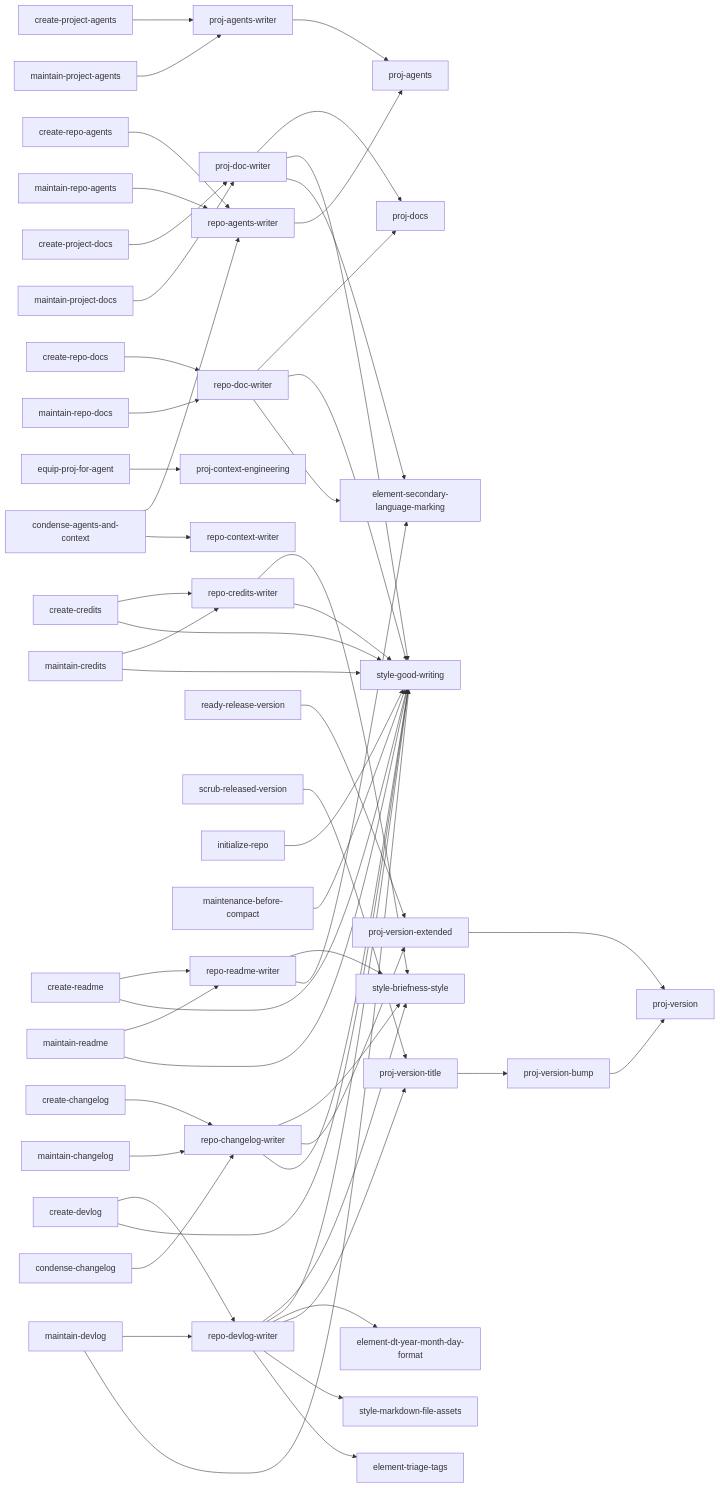
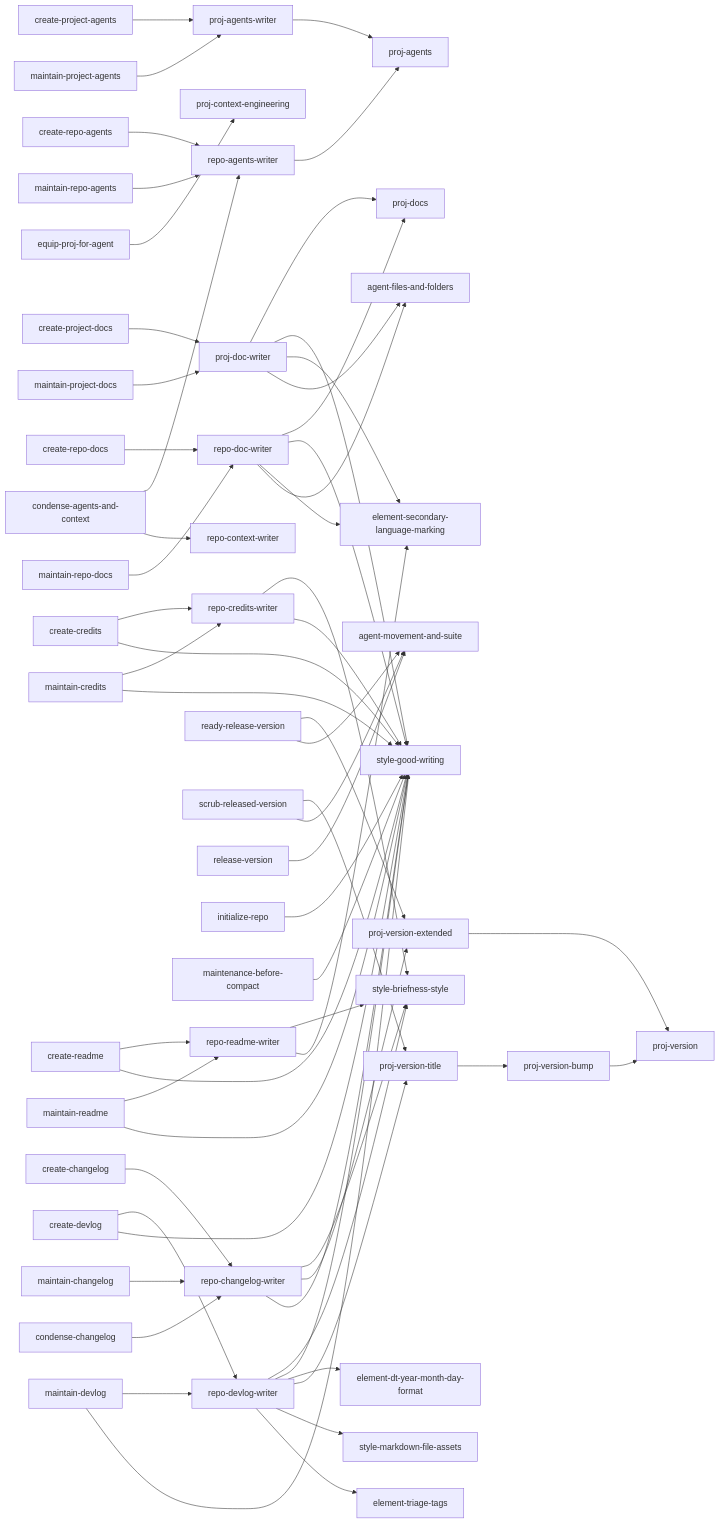
One commit to kami-lel/kaye-library changed the second of 10 diagrams in docs/blueprint-doc.md. Above: the diagram before and after it, drawn with Mermaid. The commit also changed other lines of this file and 12 other files, not shown here.

First line of the commit message:
split files & folders into own skill; wire Movement users to its skill

````diff
--- a/docs/blueprint-doc.md
+++ b/docs/blueprint-doc.md
@@ -37,57 +41,62 @@
 ```mermaid
 flowchart LR
     proj_agents_writer["proj-agents-writer"] --> proj_agents["proj-agents"]
     repo_agents_writer["repo-agents-writer"] --> proj_agents
     proj_doc_writer["proj-doc-writer"] --> proj_docs["proj-docs"]
     repo_doc_writer["repo-doc-writer"] --> proj_docs
     proj_doc_writer --> style_good_writing["style-good-writing"]
     repo_doc_writer --> style_good_writing
     proj_doc_writer --> element_secondary_language_marking["element-secondary-language-marking"]
     repo_doc_writer --> element_secondary_language_marking
+    proj_doc_writer --> agent_files_and_folders["agent-files-and-folders"]
+    repo_doc_writer --> agent_files_and_folders
     equip_proj_for_agent["equip-proj-for-agent"] --> proj_context_engineering["proj-context-engineering"]
     repo_readme_writer["repo-readme-writer"] --> style_briefness_style["style-briefness-style"]
     repo_readme_writer --> element_secondary_language_marking
     repo_changelog_writer["repo-changelog-writer"] --> style_briefness_style
     repo_changelog_writer --> proj_version_extended["proj-version-extended"]
     repo_changelog_writer --> style_good_writing
     repo_credits_writer["repo-credits-writer"] --> style_briefness_style
     repo_credits_writer --> style_good_writing
     repo_devlog_writer["repo-devlog-writer"] --> style_briefness_style
     repo_devlog_writer --> style_good_writing
     repo_devlog_writer --> element_dt_year_month_day_format["element-dt-year-month-day-format"]
     repo_devlog_writer --> proj_version_title
     repo_devlog_writer --> style_markdown_file_assets["style-markdown-file-assets"]
     repo_devlog_writer --> element_triage_tags["element-triage-tags"]
     ready_release_version["ready-release-version"] --> proj_version_extended
     scrub_released_version["scrub-released-version"] --> proj_version_title["proj-version-title"]
+    ready_release_version --> agent_movement_and_suite["agent-movement-and-suite"]
+    scrub_released_version --> agent_movement_and_suite
+    release_version["release-version"] --> agent_movement_and_suite
     proj_version_title["proj-version-title"] --> proj_version_bump["proj-version-bump"]
     proj_version_bump --> proj_version["proj-version"]
     proj_version_extended --> proj_version
     initialize_repo["initialize-repo"] --> style_good_writing
     maintenance_before_compact["maintenance-before-compact"] --> style_good_writing
     condense_agents_and_context["condense-agents-and-context"] --> repo_agents_writer
     condense_agents_and_context --> repo_context_writer["repo-context-writer"]
     create_project_agents["create-project-agents"] --> proj_agents_writer
     maintain_project_agents["maintain-project-agents"] --> proj_agents_writer
     create_project_docs["create-project-docs"] --> proj_doc_writer
     maintain_project_docs["maintain-project-docs"] --> proj_doc_writer
     create_readme["create-readme"] --> repo_readme_writer
     maintain_readme["maintain-readme"] --> repo_readme_writer
     create_readme --> style_good_writing
     maintain_readme --> style_good_writing
     create_changelog["create-changelog"] --> repo_changelog_writer
     maintain_changelog["maintain-changelog"] --> repo_changelog_writer
     condense_changelog["condense-changelog"] --> repo_changelog_writer
     create_credits["create-credits"] --> repo_credits_writer
     maintain_credits["maintain-credits"] --> repo_credits_writer
     create_devlog["create-devlog"] --> repo_devlog_writer
     maintain_devlog["maintain-devlog"] --> repo_devlog_writer
     create_credits --> style_good_writing
     maintain_credits --> style_good_writing
     create_devlog --> style_good_writing
     maintain_devlog --> style_good_writing
     create_repo_agents["create-repo-agents"] --> repo_agents_writer
     maintain_repo_agents["maintain-repo-agents"] --> repo_agents_writer
     create_repo_docs["create-repo-docs"] --> repo_doc_writer
     maintain_repo_docs["maintain-repo-docs"] --> repo_doc_writer
 ```
````
